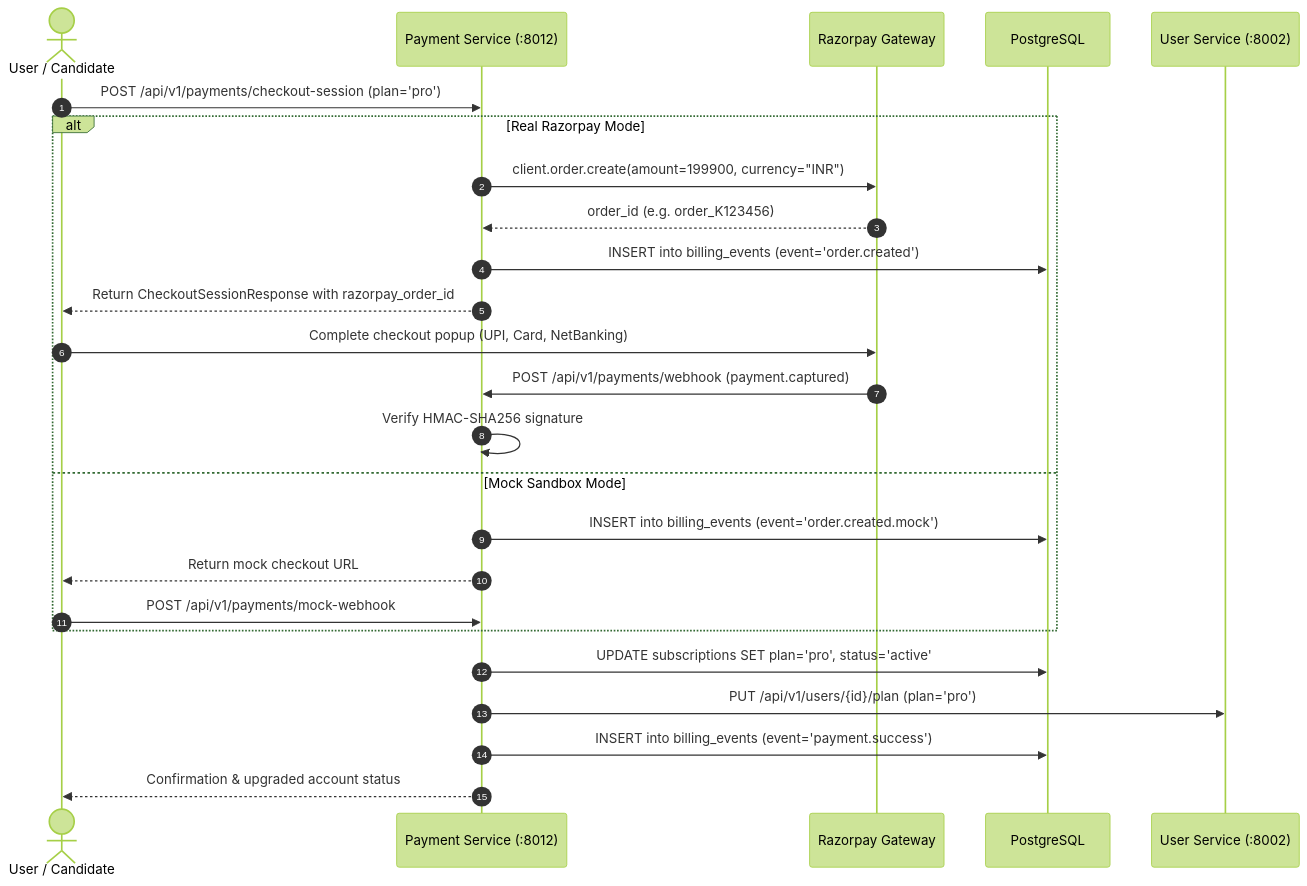
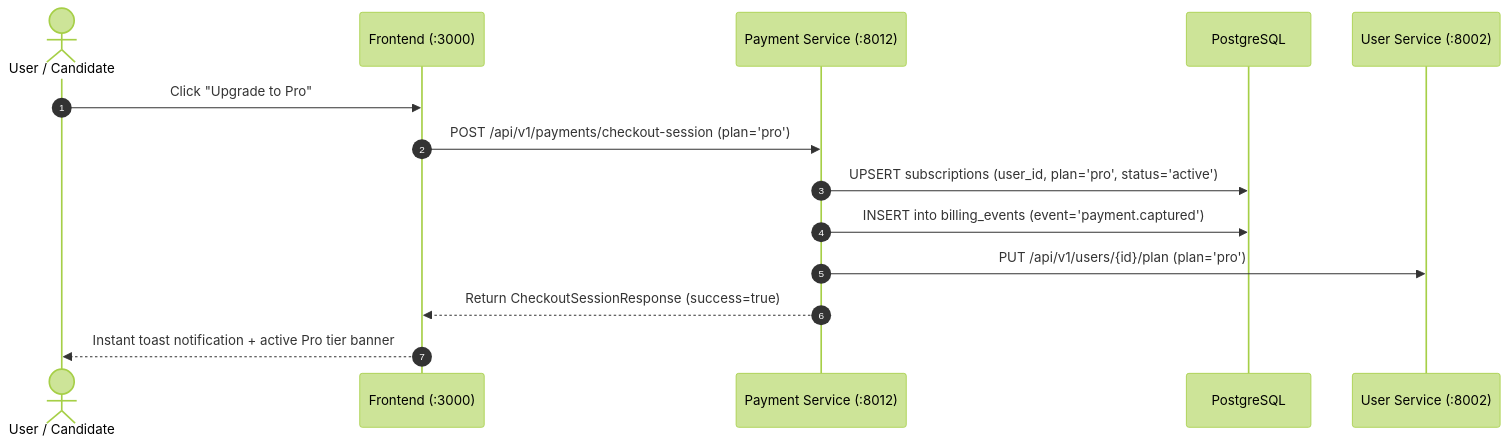
One commit to HemanshuTala/devmeet-v2 changed the diagram in services/payment-service/README.md. Above: the diagram before and after it, drawn with Mermaid (forest theme). The commit also changed other lines of this file and 33 other files, not shown here.

Commit message:
feat: mock payment workflow, auth cleanup, and technical interview preparation guides

````diff
--- a/services/payment-service/README.md
+++ b/services/payment-service/README.md
@@ -18,29 +17,17 @@
 ```mermaid
 sequenceDiagram
     autonumber
     actor User as User / Candidate
+    participant FE as Frontend (:3000)
     participant Pay as Payment Service (:8012)
-    participant RZ as Razorpay Gateway
     participant DB as PostgreSQL
     participant UserSvc as User Service (:8002)
 
-    User->>Pay: POST /api/v1/payments/checkout-session (plan='pro')
-    alt Real Razorpay Mode
-        Pay->>RZ: client.order.create(amount=199900, currency="INR")
-        RZ-->>Pay: order_id (e.g. order_K123456)
-        Pay->>DB: INSERT into billing_events (event='order.created')
-        Pay-->>User: Return CheckoutSessionResponse with razorpay_order_id
-        User->>RZ: Complete checkout popup (UPI, Card, NetBanking)
-        RZ->>Pay: POST /api/v1/payments/webhook (payment.captured)
-        Pay->>Pay: Verify HMAC-SHA256 signature
-    else Mock Sandbox Mode
-        Pay->>DB: INSERT into billing_events (event='order.created.mock')
-        Pay-->>User: Return mock checkout URL
-        User->>Pay: POST /api/v1/payments/mock-webhook
-    end
-
-    Pay->>DB: UPDATE subscriptions SET plan='pro', status='active'
+    User->>FE: Click "Upgrade to Pro"
+    FE->>Pay: POST /api/v1/payments/checkout-session (plan='pro')
+    Pay->>DB: UPSERT subscriptions (user_id, plan='pro', status='active')
+    Pay->>DB: INSERT into billing_events (event='payment.captured')
     Pay->>UserSvc: PUT /api/v1/users/{id}/plan (plan='pro')
-    Pay->>DB: INSERT into billing_events (event='payment.success')
-    Pay-->>User: Confirmation & upgraded account status
+    Pay-->>FE: Return CheckoutSessionResponse (success=true)
+    FE-->>User: Instant toast notification + active Pro tier banner
 ```
````
